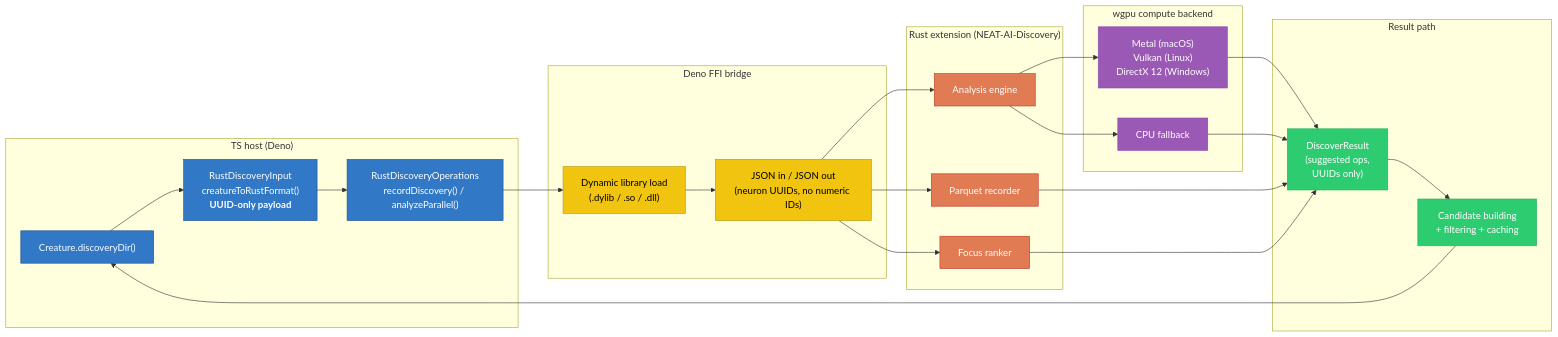
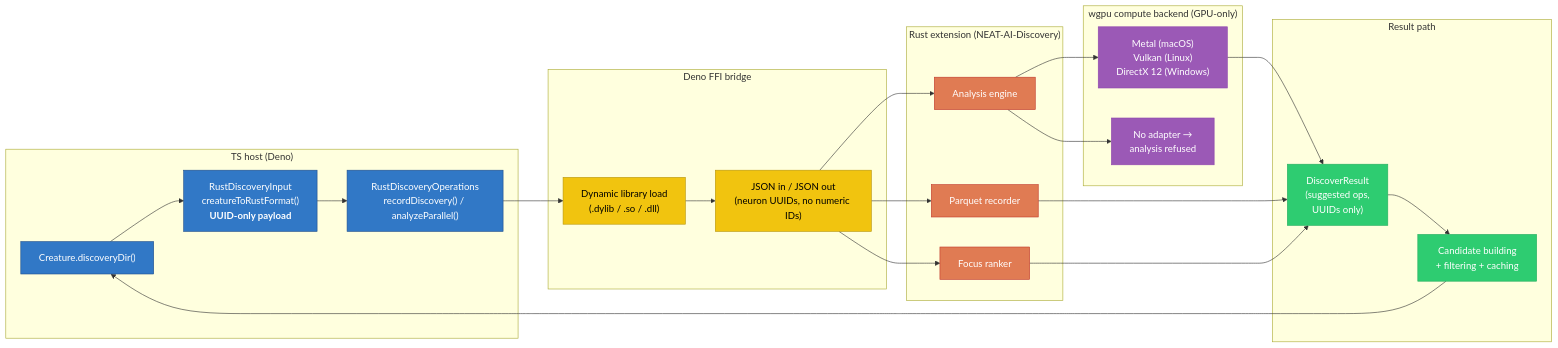
The first of 10 diagrams in docs/DISCOVERY_ARCHITECTURE.md (stSoftwareAU/NEAT-AI), drawn with Mermaid before and after one commit. The commit also changed other lines of this file and 15 other files, not shown here.

First line of the commit message:
Docs: discovery analysis is GPU-only, not CPU-fallback (Issue #3692)

````diff
--- a/docs/DISCOVERY_ARCHITECTURE.md
+++ b/docs/DISCOVERY_ARCHITECTURE.md
@@ -45,45 +45,44 @@
 ```mermaid
 flowchart LR
     classDef ts fill:#3178c6,stroke:#1e4f8c,color:#fff
     classDef ffi fill:#f1c40f,stroke:#b7950b,color:#000
     classDef rust fill:#e07b53,stroke:#c0392b,color:#fff
     classDef gpu fill:#9b59b6,stroke:#8e44ad,color:#fff
     classDef result fill:#2ecc71,stroke:#27ae60,color:#fff
 
     subgraph host["TS host (Deno)"]
         H1["Creature.discoveryDir()"]:::ts
         H2["RustDiscoveryInput<br/>creatureToRustFormat()<br/><b>UUID-only payload</b>"]:::ts
         H3["RustDiscoveryOperations<br/>recordDiscovery() / analyzeParallel()"]:::ts
     end
 
     subgraph bridge["Deno FFI bridge"]
         B1["Dynamic library load<br/>(.dylib / .so / .dll)"]:::ffi
         B2["JSON in / JSON out<br/>(neuron UUIDs, no numeric IDs)"]:::ffi
     end
 
     subgraph rustExt["Rust extension (NEAT-AI-Discovery)"]
         R1["Parquet recorder"]:::rust
         R2["Analysis engine"]:::rust
         R3["Focus ranker"]:::rust
     end
 
-    subgraph compute["wgpu compute backend"]
+    subgraph compute["wgpu compute backend (GPU-only)"]
         G1["Metal (macOS)<br/>Vulkan (Linux)<br/>DirectX 12 (Windows)"]:::gpu
-        G2["CPU fallback"]:::gpu
+        G2["No adapter →<br/>analysis refused"]:::gpu
     end
 
     subgraph back["Result path"]
         D1["DiscoverResult<br/>(suggested ops,<br/>UUIDs only)"]:::result
         D2["Candidate building<br/>+ filtering + caching"]:::result
     end
 
     H1 --> H2 --> H3 --> B1 --> B2
     B2 --> R1 & R2 & R3
     R2 --> G1
     R2 --> G2
     G1 --> D1
-    G2 --> D1
     R1 --> D1
     R3 --> D1
     D1 --> D2 --> H1
 ```
````
